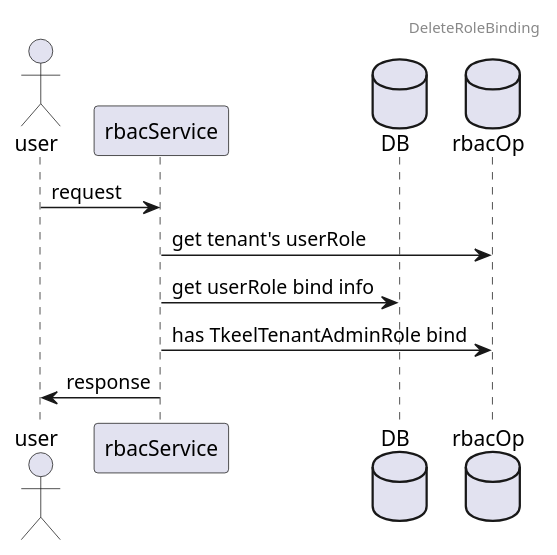
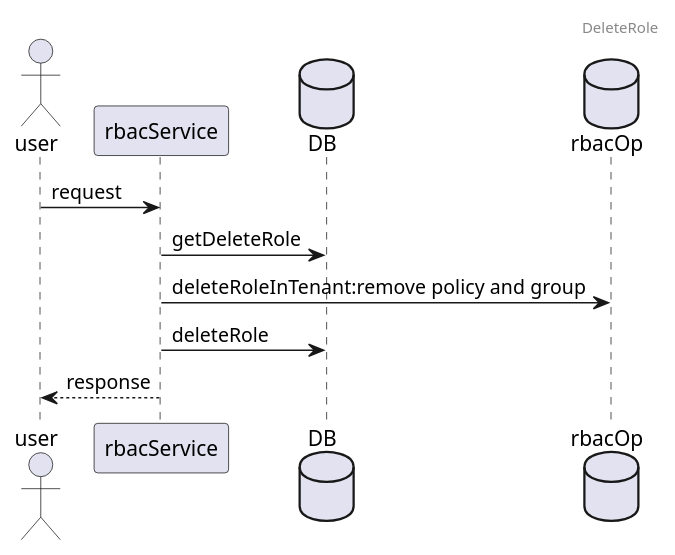
Before and after one commit to tkeel-io/docs: diagram 36 of 42 in docs/api/appendix/plantuml/rudder.md, drawn with PlantUML. The commit also changed other lines of this file and 2 other files, not shown here.

Commit message:
feat(API): rudder uml

````diff
--- a/docs/api/appendix/plantuml/rudder.md
+++ b/docs/api/appendix/plantuml/rudder.md
@@ -451,16 +645,15 @@
 ```plantuml
 
-header DeleteRoleBinding
+header DeleteRole
 
 actor user
 participant rbacService
 database DB
 database rbacOp
-
 user->rbacService:request
-rbacService->rbacOp:get tenant's userRole
-rbacService->DB:get userRole bind info
-rbacService->rbacOp:has TkeelTenantAdminRole bind
-rbacService->user:response
+rbacService->DB:getDeleteRole
+rbacService->rbacOp:deleteRoleInTenant:remove policy and group
+rbacService->DB:deleteRole
+rbacService-->user:response
 
 ```
````
